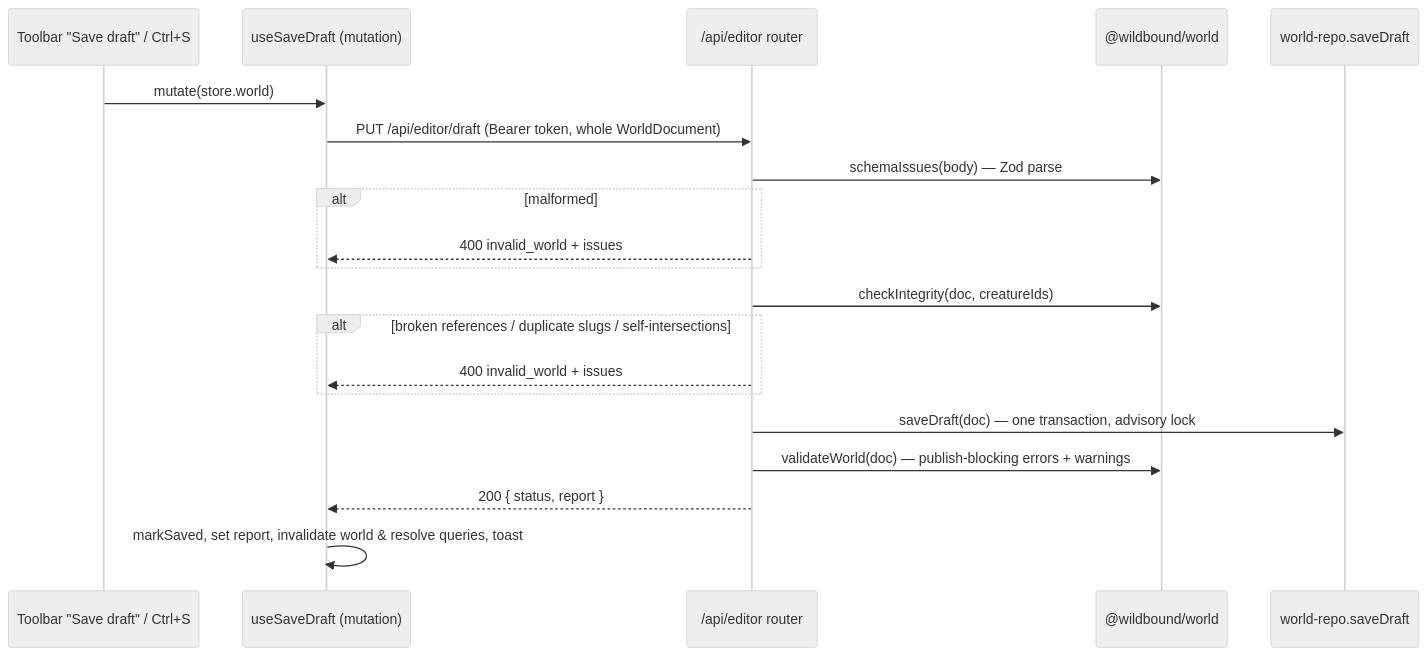
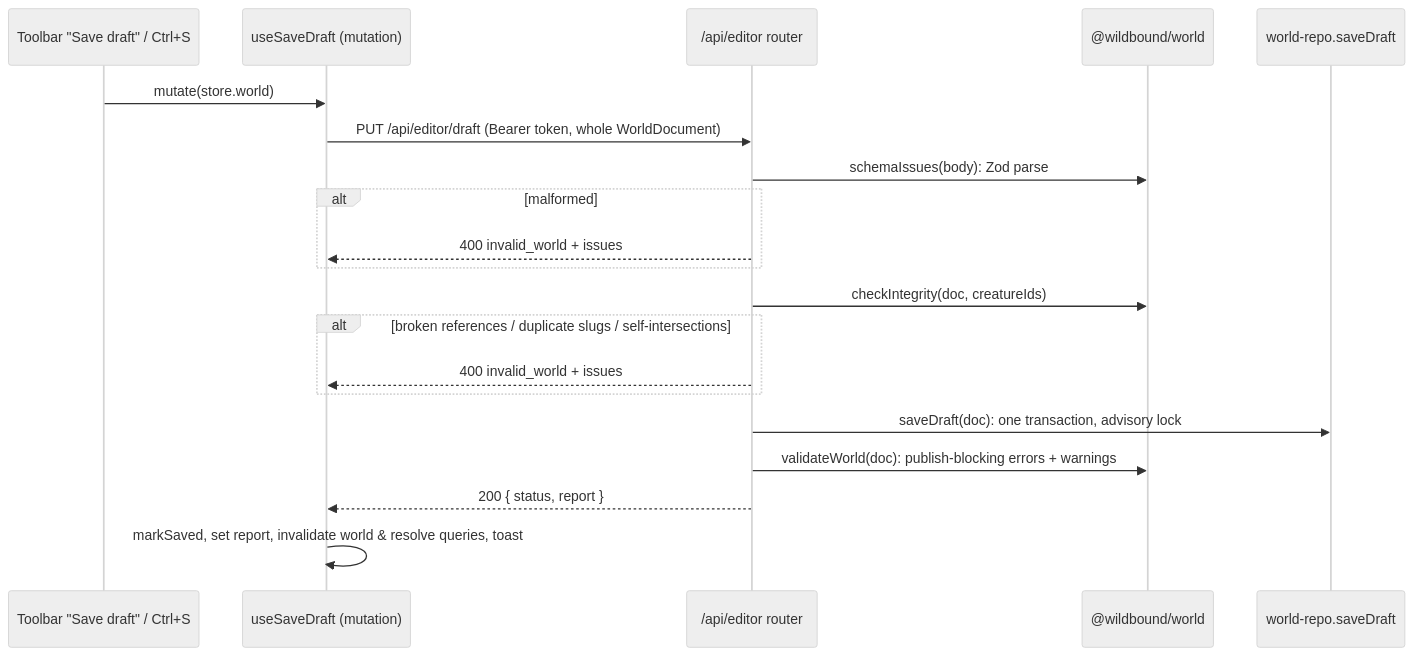
The seventh of 7 diagrams in docs/01-architecture.md (samceracas/wildbound), drawn with Mermaid (neutral theme) before and after one commit. The commit also changed other lines of this file and 6 other files, not shown here.

````diff
--- a/docs/01-architecture.md
+++ b/docs/01-architecture.md
@@ -241,22 +381,22 @@
 ```mermaid
 sequenceDiagram
     participant UI as Toolbar "Save draft" / Ctrl+S
     participant M as useSaveDraft (mutation)
     participant R as /api/editor router
     participant WR as @wildbound/world
     participant DB as world-repo.saveDraft
     UI->>M: mutate(store.world)
     M->>R: PUT /api/editor/draft (Bearer token, whole WorldDocument)
-    R->>WR: schemaIssues(body) — Zod parse
+    R->>WR: schemaIssues(body): Zod parse
     alt malformed
         R-->>M: 400 invalid_world + issues
     end
     R->>WR: checkIntegrity(doc, creatureIds)
     alt broken references / duplicate slugs / self-intersections
         R-->>M: 400 invalid_world + issues
     end
-    R->>DB: saveDraft(doc) — one transaction, advisory lock
-    R->>WR: validateWorld(doc) — publish-blocking errors + warnings
+    R->>DB: saveDraft(doc): one transaction, advisory lock
+    R->>WR: validateWorld(doc): publish-blocking errors + warnings
     R-->>M: 200 { status, report }
     M->>M: markSaved, set report, invalidate world & resolve queries, toast
 ```
````
